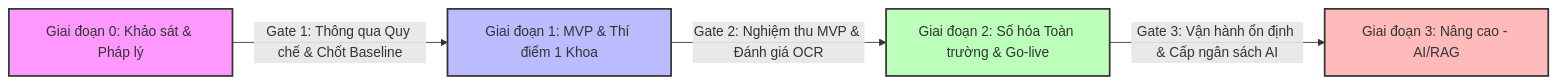
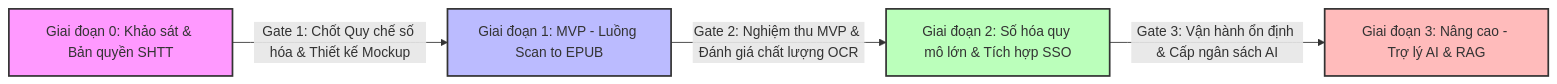
The diagram in docs/images/project_roadmap.mmd (se-bros/hcmus-projectmanage--lab), drawn with Mermaid before and after one commit. The commit also changed other lines of this file and 44 other files, not shown here.

Commit message:
feat: initialize project documentation and agent reference files with accompanying diagrams and PDF exports

```diff
--- a/docs/images/project_roadmap.mmd
+++ b/docs/images/project_roadmap.mmd
@@ -1,9 +1,9 @@
 graph LR
-    P0[Giai đoạn 0: Khảo sát & Pháp lý] -->|Gate 1: Thông qua Quy chế & Chốt Baseline| P1[Giai đoạn 1: MVP & Thí điểm 1 Khoa]
-    P1 -->|Gate 2: Nghiệm thu MVP & Đánh giá OCR| P2[Giai đoạn 2: Số hóa Toàn trường & Go-live]
-    P2 -->|Gate 3: Vận hành ổn định & Cấp ngân sách AI| P3[Giai đoạn 3: Nâng cao - AI/RAG]
+    P0[Giai đoạn 0: Khảo sát & Bản quyền SHTT] -->|Gate 1: Chốt Quy chế số hóa & Thiết kế Mockup| P1[Giai đoạn 1: MVP - Luồng Scan to EPUB]
+    P1 -->|Gate 2: Nghiệm thu MVP & Đánh giá chất lượng OCR| P2[Giai đoạn 2: Số hóa quy mô lớn & Tích hợp SSO]
+    P2 -->|Gate 3: Vận hành ổn định & Cấp ngân sách AI| P3[Giai đoạn 3: Nâng cao - Trợ lý AI & RAG]
     
     style P0 fill:#f9f,stroke:#333,stroke-width:2px;
     style P1 fill:#bbf,stroke:#333,stroke-width:2px;
     style P2 fill:#bfb,stroke:#333,stroke-width:2px;
     style P3 fill:#fbb,stroke:#333,stroke-width:2px;
```
